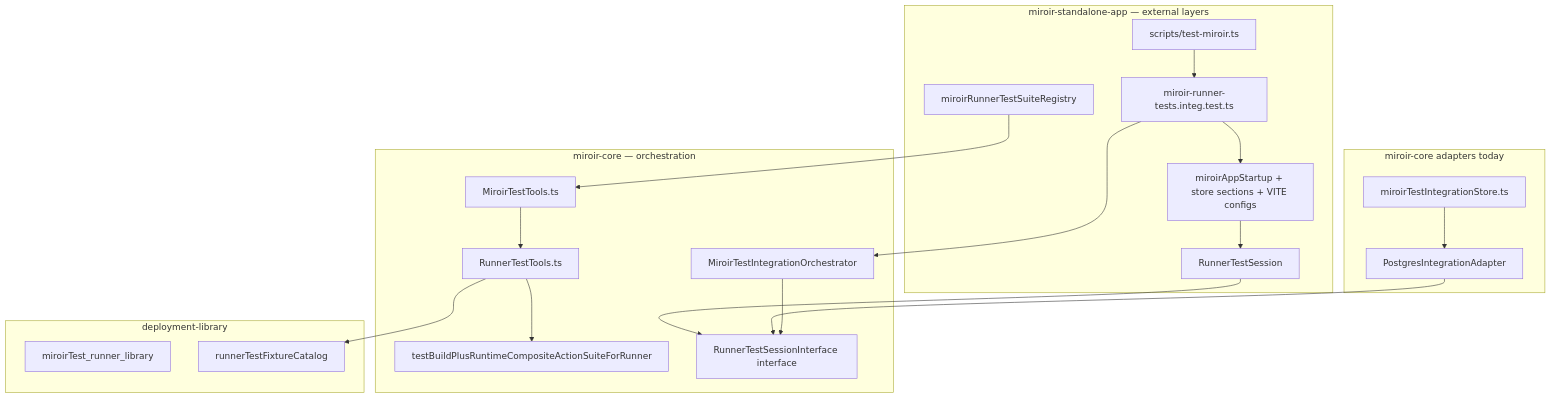
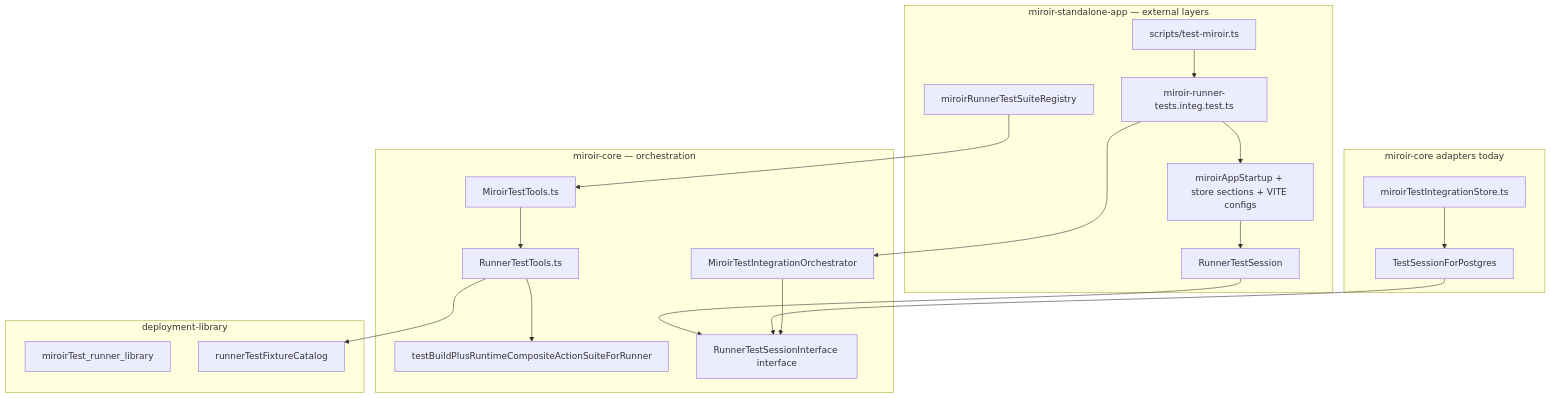
The second of 3 diagrams in code-helpers/features/197-FEATURE- run integration tests in the UI/plan.md (miroir-framework/miroir), drawn with Mermaid before and after one commit. The commit also changed other lines of this file and 5 other files, not shown here.

Commit message:
#197 FEATURE: run integration tests in the UI. renamed PostgresIntegrationAdapter as TestSessionForPostgres

````diff
--- a/code-helpers/features/197-FEATURE- run integration tests in the UI/plan.md
+++ b/code-helpers/features/197-FEATURE- run integration tests in the UI/plan.md
@@ -239,41 +239,41 @@
 ```mermaid
 flowchart TB
   subgraph standalone [miroir-standalone-app — external layers]
     SCRIPT[scripts/test-miroir.ts]
     ENTRY[miroir-runner-tests.integ.test.ts]
     REG[miroirRunnerTestSuiteRegistry]
     ADAPT_RUN[RunnerTestSession]
     STARTUP[miroirAppStartup + store sections + VITE configs]
   end
 
   subgraph core [miroir-core — orchestration]
     ORCH[MiroirTestIntegrationOrchestrator]
     MT[MiroirTestTools.ts]
     RT[RunnerTestTools.ts]
     BLD[testBuildPlusRuntimeCompositeActionSuiteForRunner]
     PORT[RunnerTestSessionInterface interface]
   end
 
   subgraph core_adapters [miroir-core adapters today]
-    ADAPT_XFORM[PostgresIntegrationAdapter]
+    ADAPT_XFORM[TestSessionForPostgres]
     STORE[miroirTestIntegrationStore.ts]
   end
 
   subgraph deploy [deployment-library]
     INST[miroirTest_runner_library]
     FIX[runnerTestFixtureCatalog]
   end
 
   SCRIPT --> ENTRY
   ENTRY --> STARTUP
   ENTRY --> ORCH
   REG --> MT
   ORCH --> PORT
   ADAPT_XFORM --> PORT
   ADAPT_RUN --> PORT
   STORE --> ADAPT_XFORM
   STARTUP --> ADAPT_RUN
   MT --> RT
   RT --> FIX
   RT --> BLD
 ```
````
